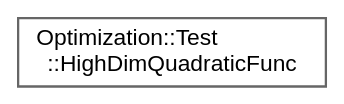
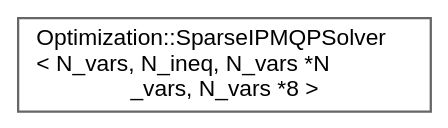
The diagram in inherit_graph_62.dot (jswoo0615/Algorithms_for_Optimization_cpp), drawn with Graphviz before and after one commit. The commit also changed 144 other files, not shown here.

```diff
--- a/inherit_graph_62.dot
+++ b/inherit_graph_62.dot
@@ -1,9 +1,9 @@
 digraph "Graphical Class Hierarchy"
 {
  // LATEX_PDF_SIZE
   bgcolor="transparent";
   edge [fontname=Helvetica,fontsize=10,labelfontname=Helvetica,labelfontsize=10];
   node [fontname=Helvetica,fontsize=10,shape=box,height=0.2,width=0.4];
   rankdir="LR";
-  Node0 [id="Node000000",label="Optimization::Test\l::HighDimQuadraticFunc",height=0.2,width=0.4,color="grey40", fillcolor="white", style="filled",URL="$structOptimization_1_1Test_1_1HighDimQuadraticFunc.html",tooltip=" "];
+  Node0 [id="Node000000",label="Optimization::SparseIPMQPSolver\l\< N_vars, N_ineq, N_vars *N\l_vars, N_vars *8 \>",height=0.2,width=0.4,color="grey40", fillcolor="white", style="filled",URL="$classOptimization_1_1SparseIPMQPSolver.html",tooltip=" "];
 }
```
